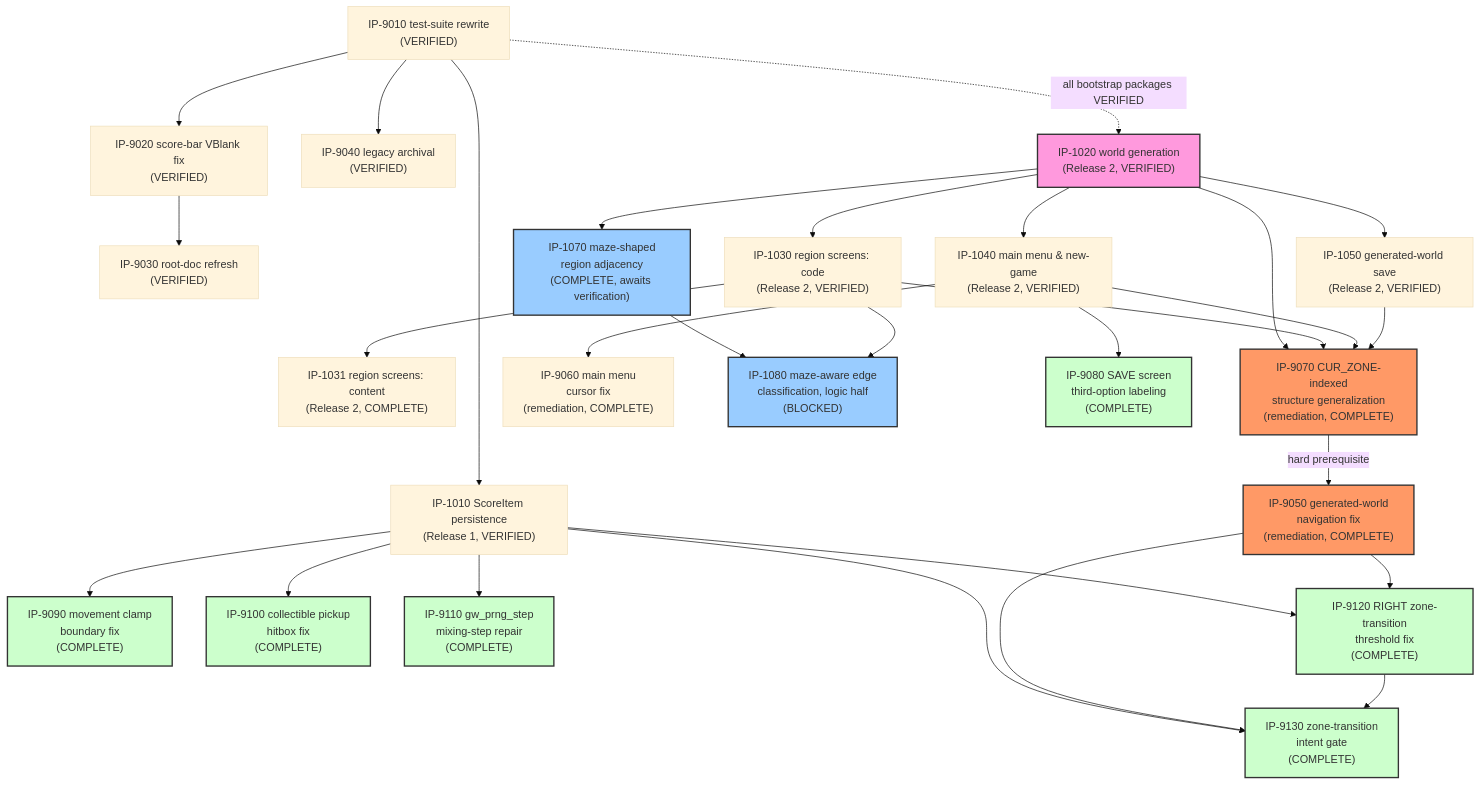
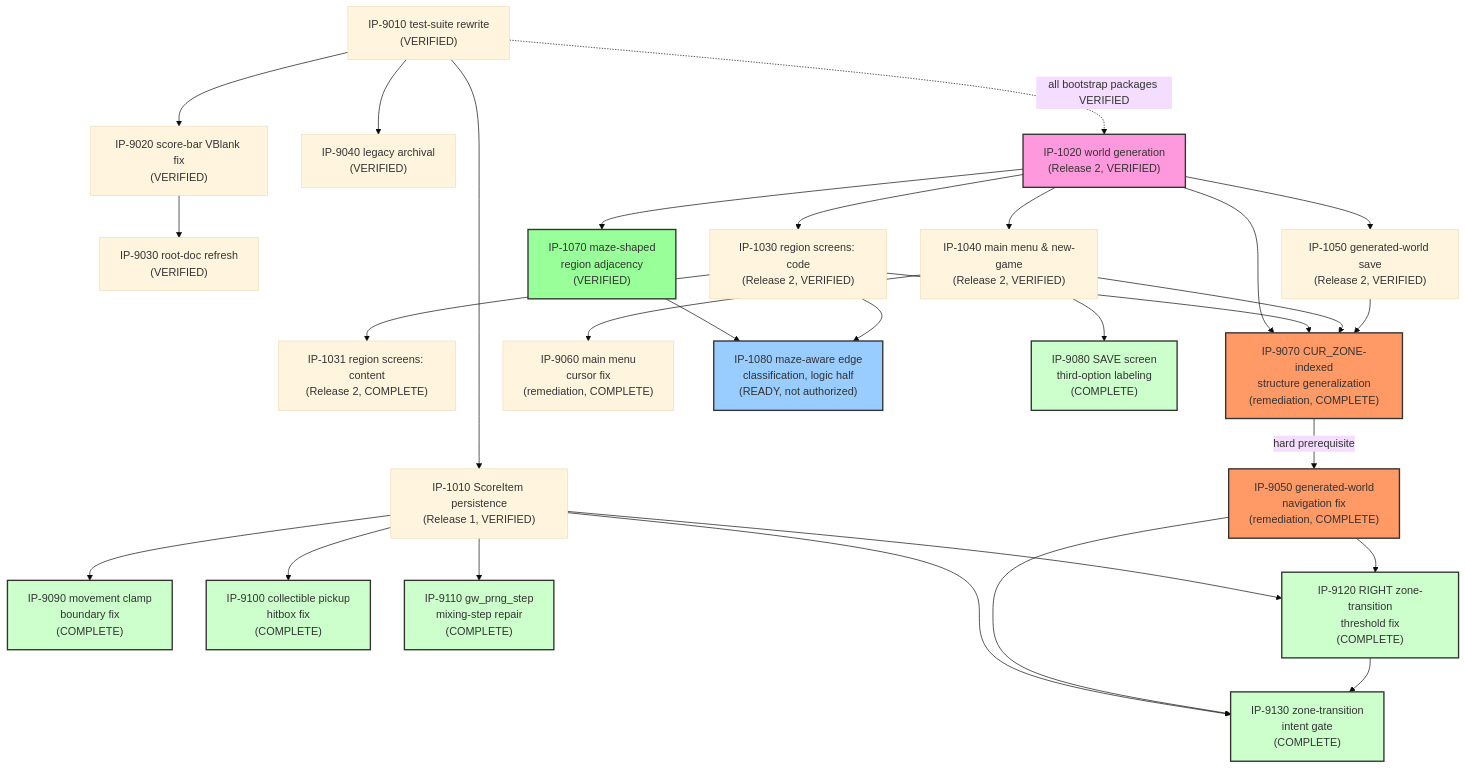
One commit to Zabin/RsGame changed the diagram in docs/implementation/00-master-build-plan.md. Above: the diagram before and after it, drawn with Mermaid (base theme). The commit also changed other lines of this file and 4 other files, not shown here.

First line of the commit message:
docs(verification): VR-1070 -- IP-1070 (maze-shaped region adjacency) VERIFIED

````diff
--- a/docs/implementation/00-master-build-plan.md
+++ b/docs/implementation/00-master-build-plan.md
@@ -161,76 +164,76 @@
 ```mermaid
 graph TD
     IP9010["IP-9010 test-suite rewrite<br/>(VERIFIED)"]
     IP9020["IP-9020 score-bar VBlank fix<br/>(VERIFIED)"]
     IP9030["IP-9030 root-doc refresh<br/>(VERIFIED)"]
     IP9040["IP-9040 legacy archival<br/>(VERIFIED)"]
     IP1010["IP-1010 ScoreItem persistence<br/>(Release 1, VERIFIED)"]
     IP9010 --> IP9020
     IP9010 --> IP9040
     IP9010 --> IP1010
     IP9020 --> IP9030
 
     IP1020["IP-1020 world generation<br/>(Release 2, VERIFIED)"]
     IP1030["IP-1030 region screens: code<br/>(Release 2, VERIFIED)"]
     IP1031["IP-1031 region screens: content<br/>(Release 2, COMPLETE)"]
     IP1040["IP-1040 main menu & new-game<br/>(Release 2, VERIFIED)"]
     IP1050["IP-1050 generated-world save<br/>(Release 2, VERIFIED)"]
     IP9010 -.all bootstrap packages VERIFIED.-> IP1020
     IP1020 --> IP1030
     IP1030 --> IP1031
     IP1020 --> IP1040
     IP1020 --> IP1050
 
     style IP1020 fill:#f9d,stroke:#333,stroke-width:2px
 
     IP9070["IP-9070 CUR_ZONE-indexed<br/>structure generalization<br/>(remediation, COMPLETE)"]
     IP9050["IP-9050 generated-world<br/>navigation fix<br/>(remediation, COMPLETE)"]
     IP9060["IP-9060 main menu<br/>cursor fix<br/>(remediation, COMPLETE)"]
     IP1020 --> IP9070
     IP1030 --> IP9070
     IP1040 --> IP9070
     IP1050 --> IP9070
     IP9070 -->|hard prerequisite| IP9050
     IP1040 --> IP9060
 
     style IP9070 fill:#f96,stroke:#333,stroke-width:2px
     style IP9050 fill:#f96,stroke:#333,stroke-width:2px
 
-    IP1070["IP-1070 maze-shaped<br/>region adjacency<br/>(COMPLETE, awaits verification)"]
-    IP1080["IP-1080 maze-aware edge<br/>classification, logic half<br/>(BLOCKED)"]
+    IP1070["IP-1070 maze-shaped<br/>region adjacency<br/>(VERIFIED)"]
+    IP1080["IP-1080 maze-aware edge<br/>classification, logic half<br/>(READY, not authorized)"]
     IP1020 --> IP1070
     IP1070 --> IP1080
     IP1030 --> IP1080
 
-    style IP1070 fill:#9cf,stroke:#333,stroke-width:2px
+    style IP1070 fill:#9f9,stroke:#333,stroke-width:2px
     style IP1080 fill:#9cf,stroke:#333,stroke-width:2px
 
     IP9090["IP-9090 movement clamp<br/>boundary fix<br/>(COMPLETE)"]
     IP9100["IP-9100 collectible pickup<br/>hitbox fix<br/>(COMPLETE)"]
     IP9080["IP-9080 SAVE screen<br/>third-option labeling<br/>(COMPLETE)"]
     IP1010 --> IP9090
     IP1010 --> IP9100
     IP1040 --> IP9080
 
     style IP9090 fill:#cfc,stroke:#333,stroke-width:2px
     style IP9100 fill:#cfc,stroke:#333,stroke-width:2px
     style IP9080 fill:#cfc,stroke:#333,stroke-width:2px
 
     IP9110["IP-9110 gw_prng_step<br/>mixing-step repair<br/>(COMPLETE)"]
     IP1010 --> IP9110
 
     style IP9110 fill:#cfc,stroke:#333,stroke-width:2px
 
     IP9120["IP-9120 RIGHT zone-transition<br/>threshold fix<br/>(COMPLETE)"]
     IP1010 --> IP9120
     IP9050 --> IP9120
 
     style IP9120 fill:#cfc,stroke:#333,stroke-width:2px
 
     IP9130["IP-9130 zone-transition<br/>intent gate<br/>(COMPLETE)"]
     IP1010 --> IP9130
     IP9050 --> IP9130
     IP9120 --> IP9130
 
     style IP9130 fill:#cfc,stroke:#333,stroke-width:2px
 ```
````
